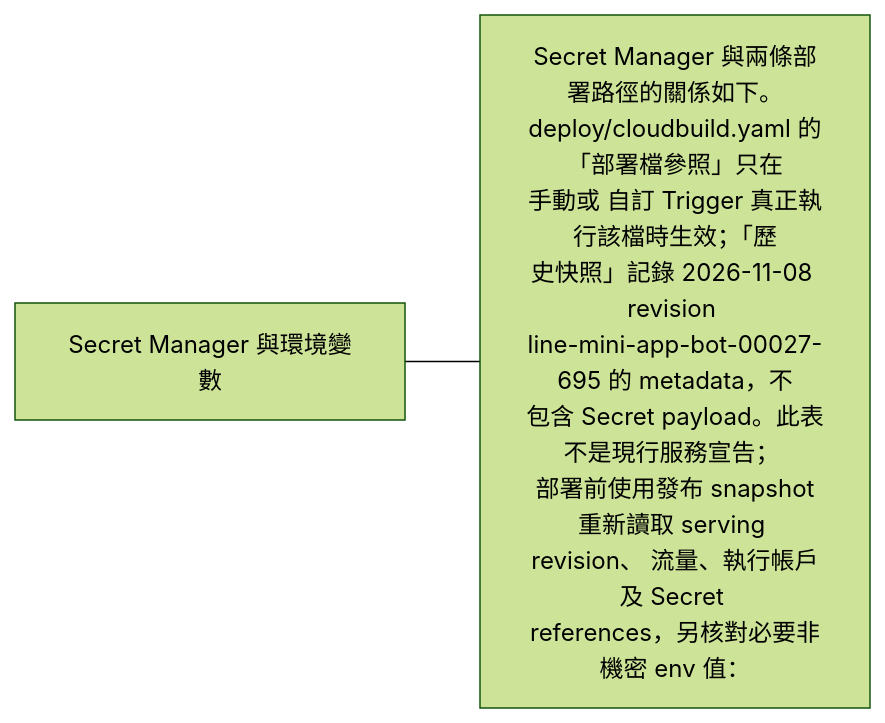
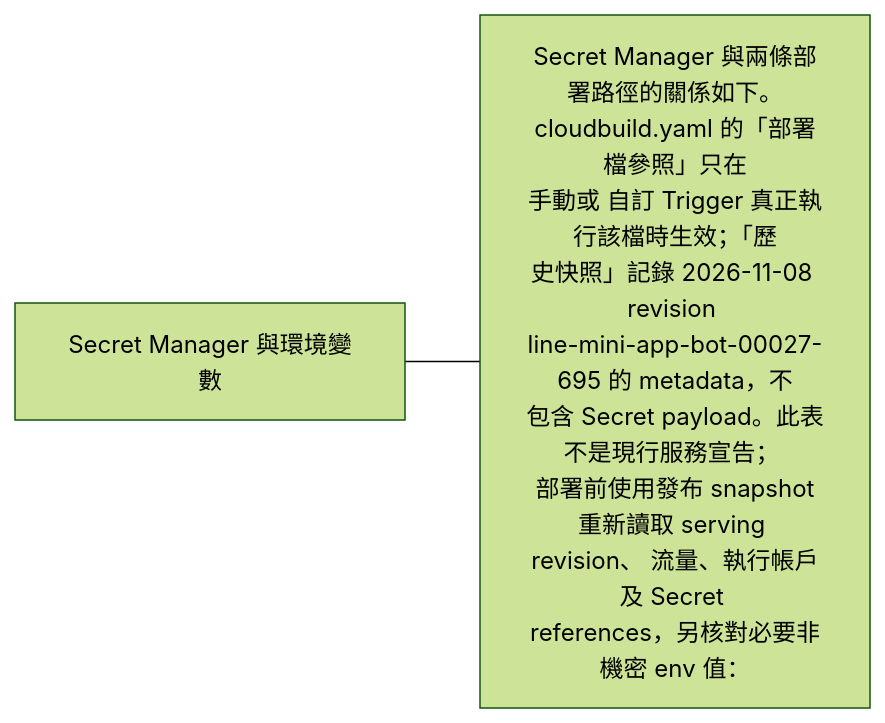
The first of 5 diagrams in docs/operations/configuration.md (963sup/line-mini-app-bot), drawn with Mermaid (forest theme) before and after one commit. The commit also changed other lines of this file and 22 other files, not shown here.

````diff
--- a/docs/operations/configuration.md
+++ b/docs/operations/configuration.md
@@ -9,6 +11,6 @@
 ```mermaid
 flowchart LR
   h["Secret Manager 與環境變數"]
-  h --- n0["Secret Manager 與兩條部署路徑的關係如下。<br/>deploy/cloudbuild.yaml 的「部署檔參照」只在<br/>手動或 自訂 Trigger 真正執行該檔時生效；「歷<br/>史快照」記錄 2026-11-08 revision <br/>line-mini-app-bot-00027-695 的 metadata，不<br/>包含 Secret payload。此表不是現行服務宣告； <br/>部署前使用發布 snapshot重新讀取 serving <br/>revision、 流量、執行帳戶及 Secret <br/>references，另核對必要非機密 env 值："]
+  h --- n0["Secret Manager 與兩條部署路徑的關係如下。<br/>cloudbuild.yaml 的「部署檔參照」只在<br/>手動或 自訂 Trigger 真正執行該檔時生效；「歷<br/>史快照」記錄 2026-11-08 revision <br/>line-mini-app-bot-00027-695 的 metadata，不<br/>包含 Secret payload。此表不是現行服務宣告； <br/>部署前使用發布 snapshot重新讀取 serving <br/>revision、 流量、執行帳戶及 Secret <br/>references，另核對必要非機密 env 值："]
   click n0 "release-acceptance.md#發布證據與前置條件"
 ```
````
